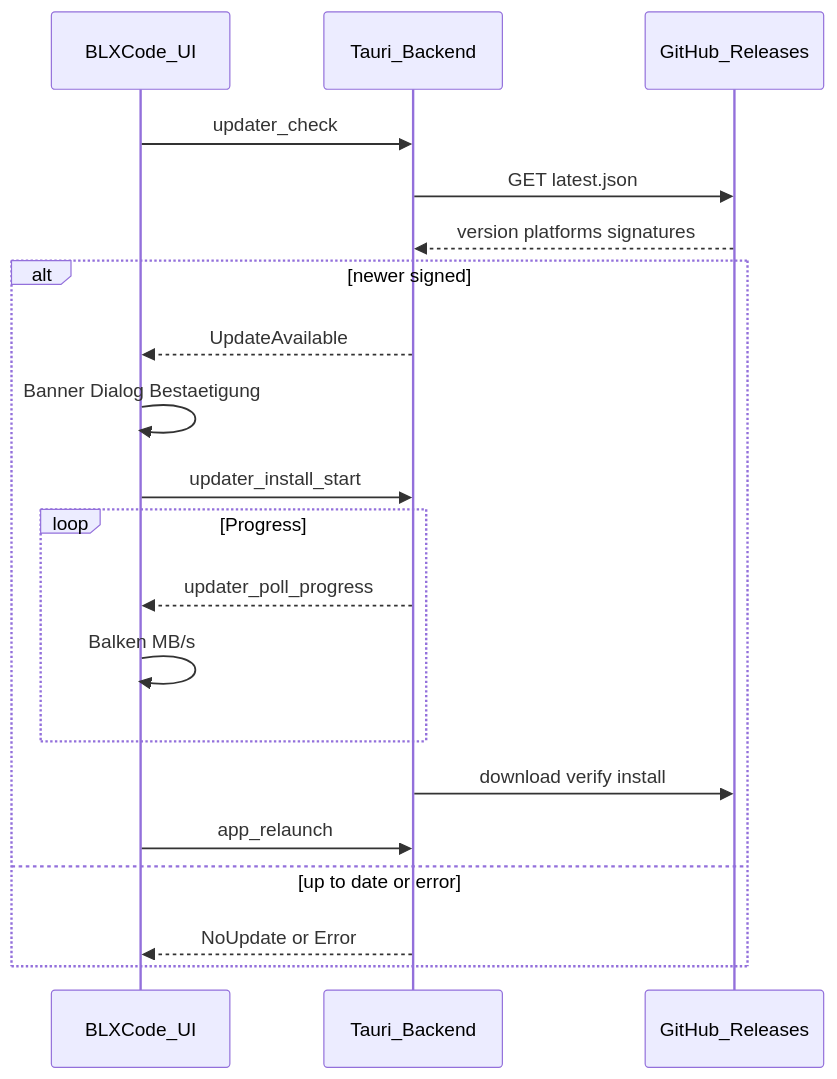
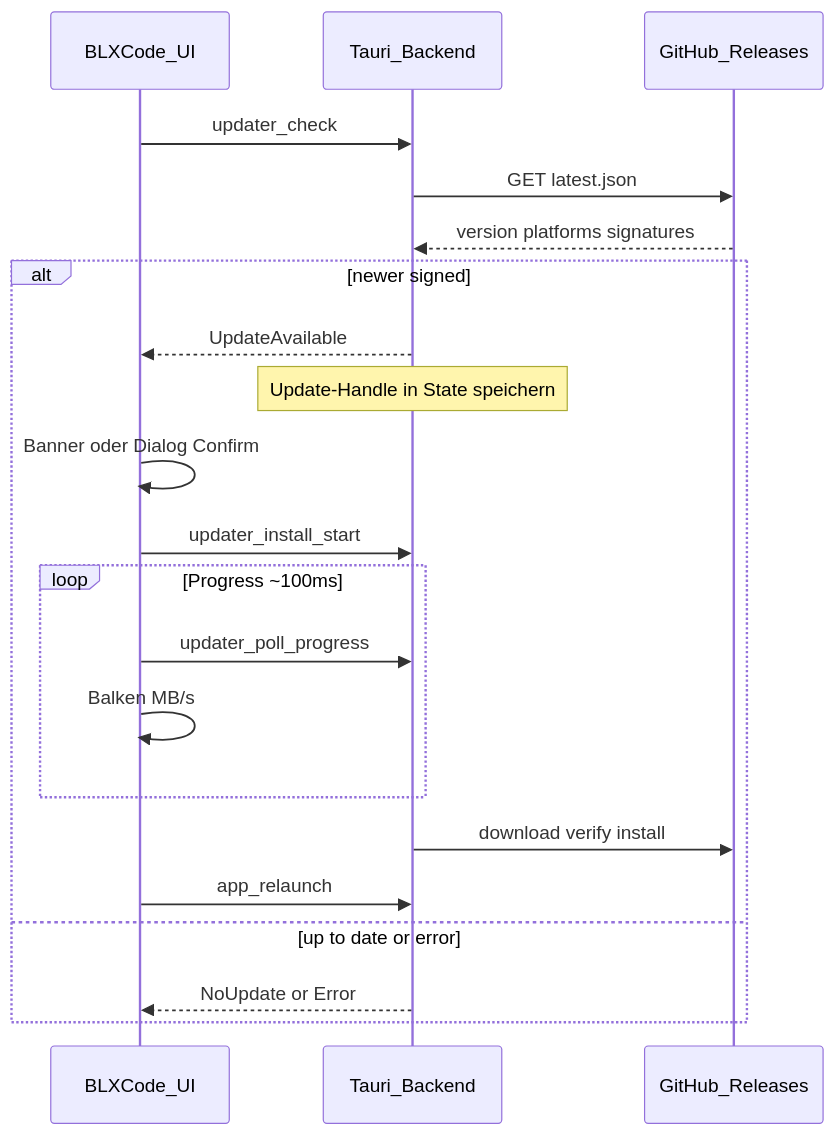
The first of 2 diagrams in .agents/plans/auto-update-github-releases.md (Bitslix/BLXCode), drawn with Mermaid before and after one commit. The commit also changed other lines of this file and 7 other files, not shown here.

````diff
--- a/.agents/plans/auto-update-github-releases.md
+++ b/.agents/plans/auto-update-github-releases.md
@@ -24,23 +30,24 @@
 ```mermaid
 sequenceDiagram
     participant App as BLXCode_UI
     participant Rust as Tauri_Backend
     participant GH as GitHub_Releases
 
     App->>Rust: updater_check
     Rust->>GH: GET latest.json
     GH-->>Rust: version platforms signatures
     alt newer signed
         Rust-->>App: UpdateAvailable
-        App->>App: Banner Dialog Bestaetigung
+        Note over Rust: Update-Handle in State speichern
+        App->>App: Banner oder Dialog Confirm
         App->>Rust: updater_install_start
-        loop Progress
-            Rust-->>App: updater_poll_progress
+        loop Progress ~100ms
+            App->>Rust: updater_poll_progress
             App->>App: Balken MB/s
         end
         Rust->>GH: download verify install
         App->>Rust: app_relaunch
     else up to date or error
         Rust-->>App: NoUpdate or Error
     end
 ```
````
